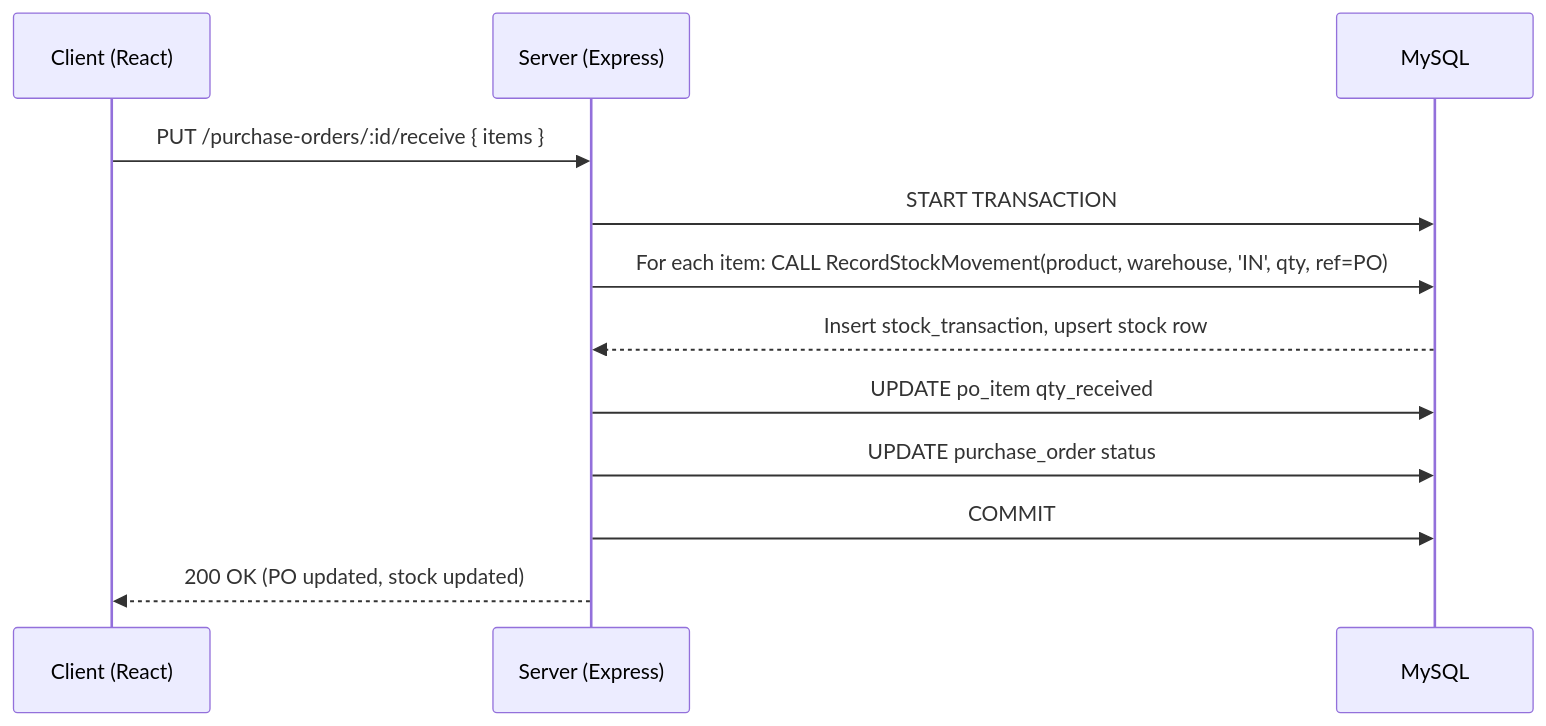
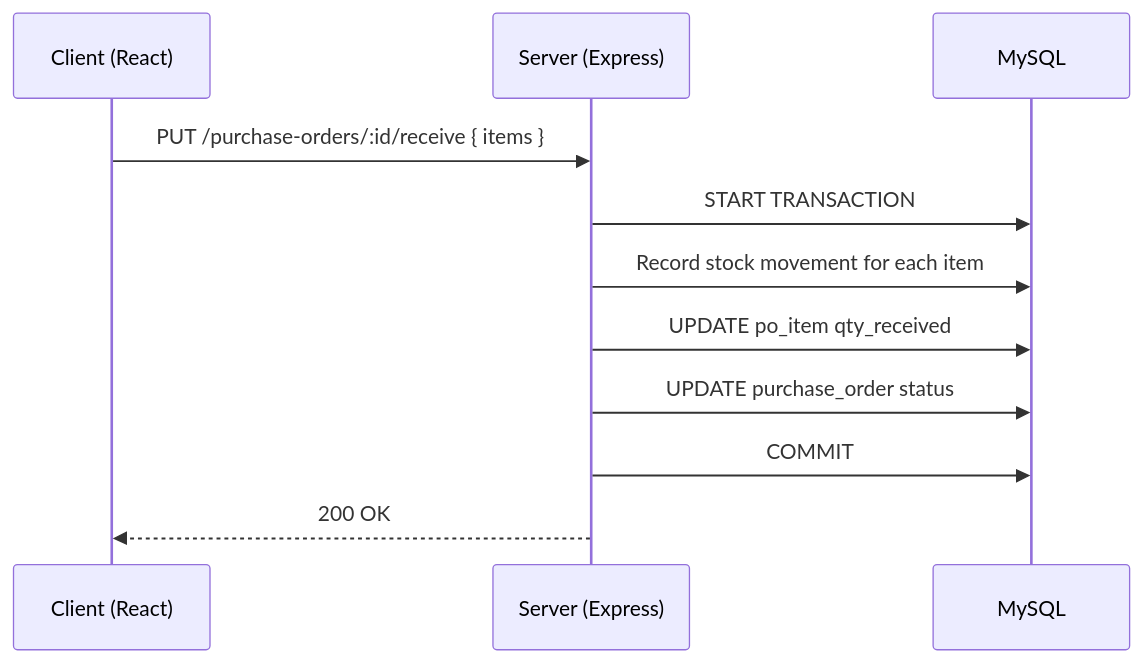
Before and after one commit to weedu230/IMS: the second of 2 diagrams in README.md, drawn with Mermaid. The commit also changed other lines of this file, not shown here.

````diff
--- a/README.md
+++ b/README.md
@@ -170,15 +72,14 @@
 ```mermaid
 sequenceDiagram
   participant C as Client (React)
   participant S as Server (Express)
   participant DB as MySQL
 
   C->>S: PUT /purchase-orders/:id/receive { items }
   S->>DB: START TRANSACTION
-  S->>DB: For each item: CALL RecordStockMovement(product, warehouse, 'IN', qty, ref=PO)
-  DB-->>S: Insert stock_transaction, upsert stock row
+  S->>DB: Record stock movement for each item
   S->>DB: UPDATE po_item qty_received
   S->>DB: UPDATE purchase_order status
   S->>DB: COMMIT
-  S-->>C: 200 OK (PO updated, stock updated)
+  S-->>C: 200 OK
 ```
````
